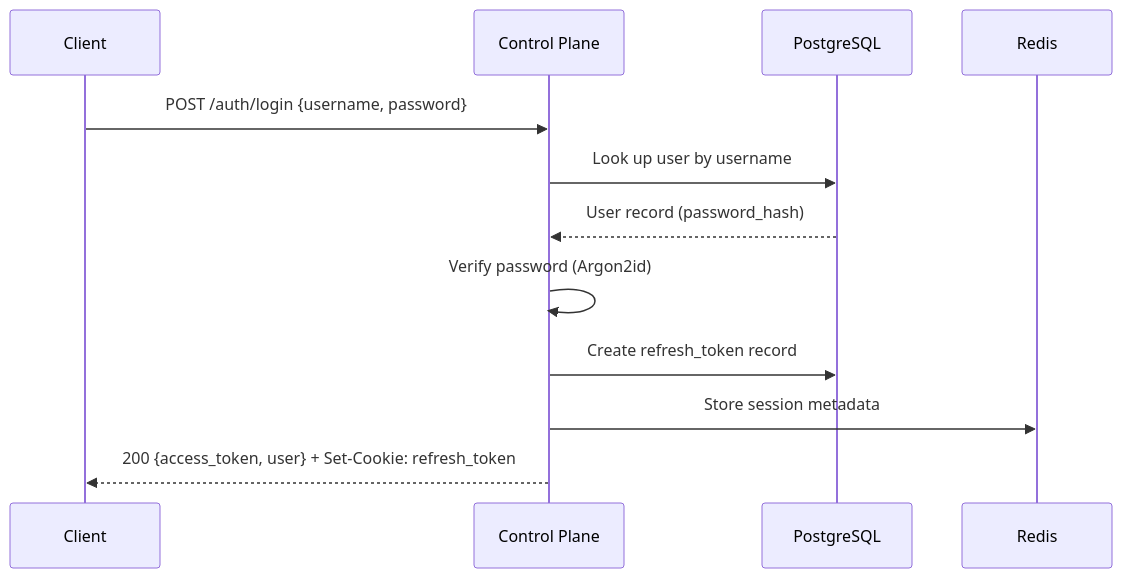
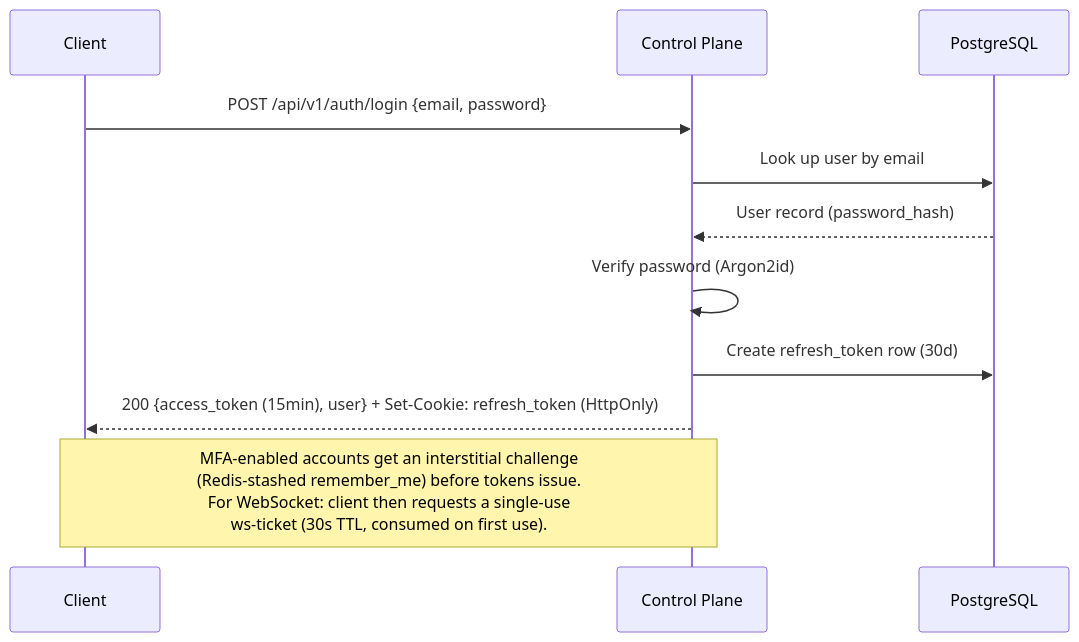
One commit to Concord-Voice/Self-Hosted changed the fifth of 10 diagrams in docs/architecture.md. Above: the diagram before and after it, drawn with Mermaid. The commit also changed other lines of this file, not shown here.

First line of the commit message:
docs: full rewrite of architecture.md with current codebase state (#1395)

````diff
--- a/docs/architecture.md
+++ b/docs/architecture.md
@@ -481,15 +457,14 @@
 ```mermaid
 sequenceDiagram
     participant C as Client
     participant CP as Control Plane
     participant PG as PostgreSQL
-    participant RD as Redis
 
-    C->>CP: POST /auth/login {username, password}
-    CP->>PG: Look up user by username
+    C->>CP: POST /api/v1/auth/login {email, password}
+    CP->>PG: Look up user by email
     PG-->>CP: User record (password_hash)
     CP->>CP: Verify password (Argon2id)
-    CP->>PG: Create refresh_token record
-    CP->>RD: Store session metadata
-    CP-->>C: 200 {access_token, user} + Set-Cookie: refresh_token
+    CP->>PG: Create refresh_token row (30d)
+    CP-->>C: 200 {access_token (15min), user} + Set-Cookie: refresh_token (HttpOnly)
+    Note over C,CP: MFA-enabled accounts get an interstitial challenge<br/>(Redis-stashed remember_me) before tokens issue.<br/>For WebSocket: client then requests a single-use<br/>ws-ticket (30s TTL, consumed on first use).
 ```
````
